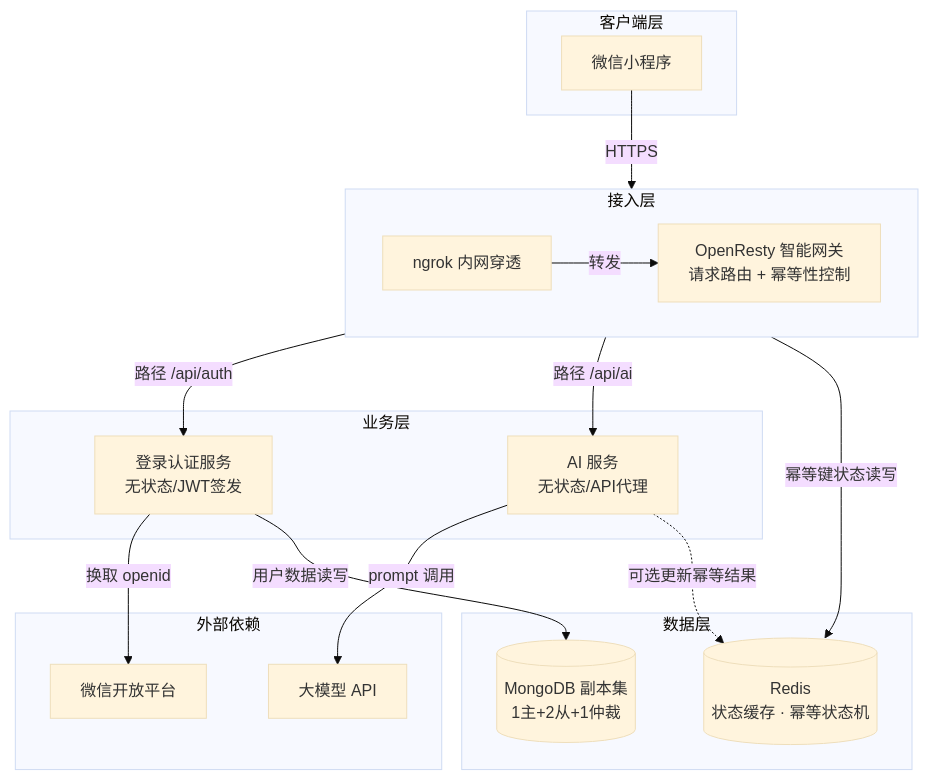
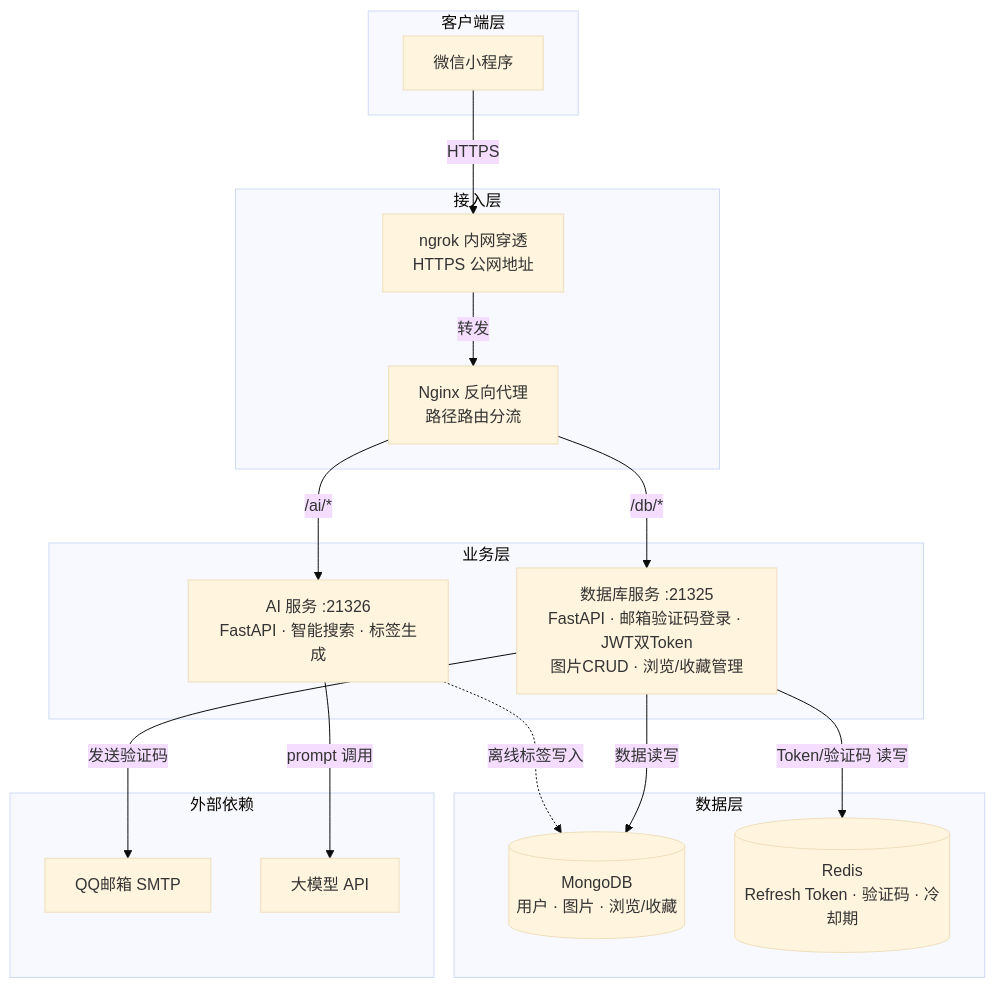
The first of 2 diagrams in 微信小程序/期末作业/文档/微信小程序后端系统架构设计文档.md (yandifei/study), drawn with Mermaid (base theme) before and after one commit. The commit also changed other lines of this file and 12 other files, not shown here.

````diff
--- a/微信小程序/期末作业/文档/微信小程序后端系统架构设计文档.md
+++ b/微信小程序/期末作业/文档/微信小程序后端系统架构设计文档.md
@@ -165,37 +215,36 @@
 ```mermaid
 flowchart TB
     subgraph Client_Layer [客户端层]
         MP[微信小程序]
     end
 
     subgraph Access_Layer [接入层]
-        direction LR
-        Ngrok[ngrok 内网穿透]
-        Gateway[OpenResty 智能网关<br/>请求路由 + 幂等性控制]
+        Ngrok[ngrok 内网穿透<br/>HTTPS 公网地址]
+        Nginx[Nginx 反向代理<br/>路径路由分流]
     end
 
     subgraph Business_Layer [业务层]
-        Auth[登录认证服务<br/>无状态/JWT签发]
-        AI[AI 服务<br/>无状态/API代理]
+        DB[数据库服务 :21325<br/>FastAPI · 邮箱验证码登录 · JWT双Token<br/>图片CRUD · 浏览/收藏管理]
+        AI[AI 服务 :21326<br/>FastAPI · 智能搜索 · 标签生成]
     end
 
     subgraph Data_Layer [数据层]
-        Redis[(Redis<br/>状态缓存 · 幂等状态机)]
-        MongoDB[(MongoDB 副本集<br/>1主+2从+1仲裁)]
+        MongoDB[(MongoDB<br/>用户 · 图片 · 浏览/收藏)]
+        Redis[(Redis<br/>Refresh Token · 验证码 · 冷却期)]
     end
 
     subgraph External [外部依赖]
-        WeChat[微信开放平台]
+        Email[QQ邮箱 SMTP]
         LLM[大模型 API]
     end
 
     MP -->|HTTPS| Ngrok
-    Ngrok -->|转发| Gateway
-    Gateway -->|路径 /api/auth| Auth
-    Gateway -->|路径 /api/ai| AI
-    Gateway -->|幂等键状态读写| Redis
-    Auth -->|换取 openid| WeChat
-    Auth -->|用户数据读写| MongoDB
+    Ngrok -->|转发| Nginx
+    Nginx -->|/db/*| DB
+    Nginx -->|/ai/*| AI
+    DB -->|发送验证码| Email
+    DB -->|数据读写| MongoDB
+    DB -->|Token/验证码 读写| Redis
     AI -->|prompt 调用| LLM
-    AI -.->|可选更新幂等结果| Redis
+    AI -.->|离线标签写入| MongoDB
 ```
````
